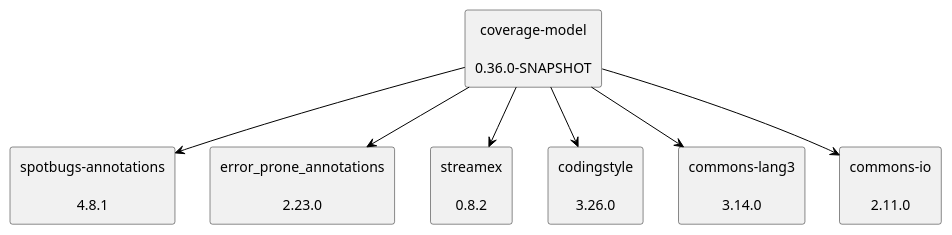
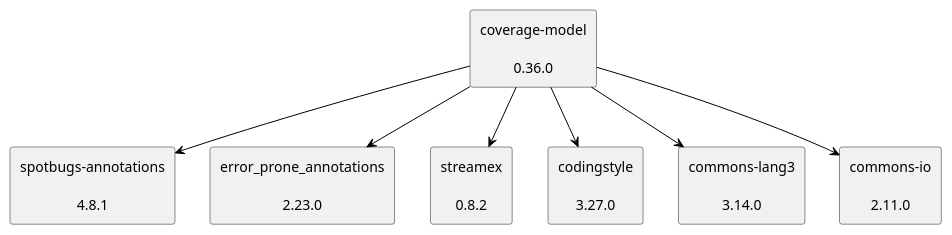
One commit to jenkinsci/coverage-model changed the diagram in doc/dependency-graph.puml. Above: the diagram before and after it, drawn with PlantUML.

Commit message:
Use the latest version of the coverage-model.

```diff
--- a/doc/dependency-graph.puml
+++ b/doc/dependency-graph.puml
@@ -1,22 +1,22 @@
 @startuml
 skinparam defaultTextAlignment center
 skinparam rectangle {
   BackgroundColor<<optional>> beige
   BackgroundColor<<test>> lightGreen
   BackgroundColor<<runtime>> lightBlue
   BackgroundColor<<provided>> lightGray
 }
-rectangle "coverage-model\n\n0.36.0-SNAPSHOT" as edu_hm_hafner_coverage_model_jar
+rectangle "coverage-model\n\n0.36.0" as edu_hm_hafner_coverage_model_jar
 rectangle "spotbugs-annotations\n\n4.8.1" as com_github_spotbugs_spotbugs_annotations_jar
 rectangle "error_prone_annotations\n\n2.23.0" as com_google_errorprone_error_prone_annotations_jar
 rectangle "streamex\n\n0.8.2" as one_util_streamex_jar
-rectangle "codingstyle\n\n3.26.0" as edu_hm_hafner_codingstyle_jar
+rectangle "codingstyle\n\n3.27.0" as edu_hm_hafner_codingstyle_jar
 rectangle "commons-lang3\n\n3.14.0" as org_apache_commons_commons_lang3_jar
 rectangle "commons-io\n\n2.11.0" as commons_io_commons_io_jar
 edu_hm_hafner_coverage_model_jar -[#000000]-> com_github_spotbugs_spotbugs_annotations_jar
 edu_hm_hafner_coverage_model_jar -[#000000]-> com_google_errorprone_error_prone_annotations_jar
 edu_hm_hafner_coverage_model_jar -[#000000]-> one_util_streamex_jar
 edu_hm_hafner_coverage_model_jar -[#000000]-> edu_hm_hafner_codingstyle_jar
 edu_hm_hafner_coverage_model_jar -[#000000]-> org_apache_commons_commons_lang3_jar
 edu_hm_hafner_coverage_model_jar -[#000000]-> commons_io_commons_io_jar
 @enduml
```
